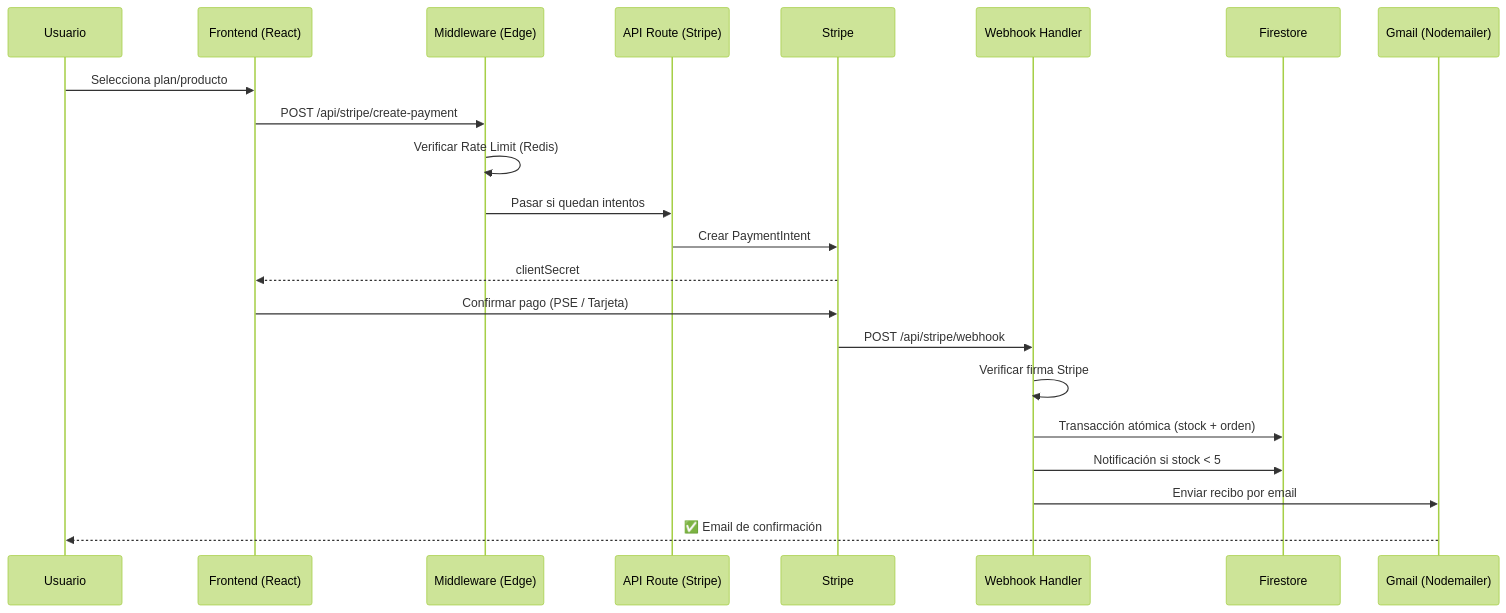
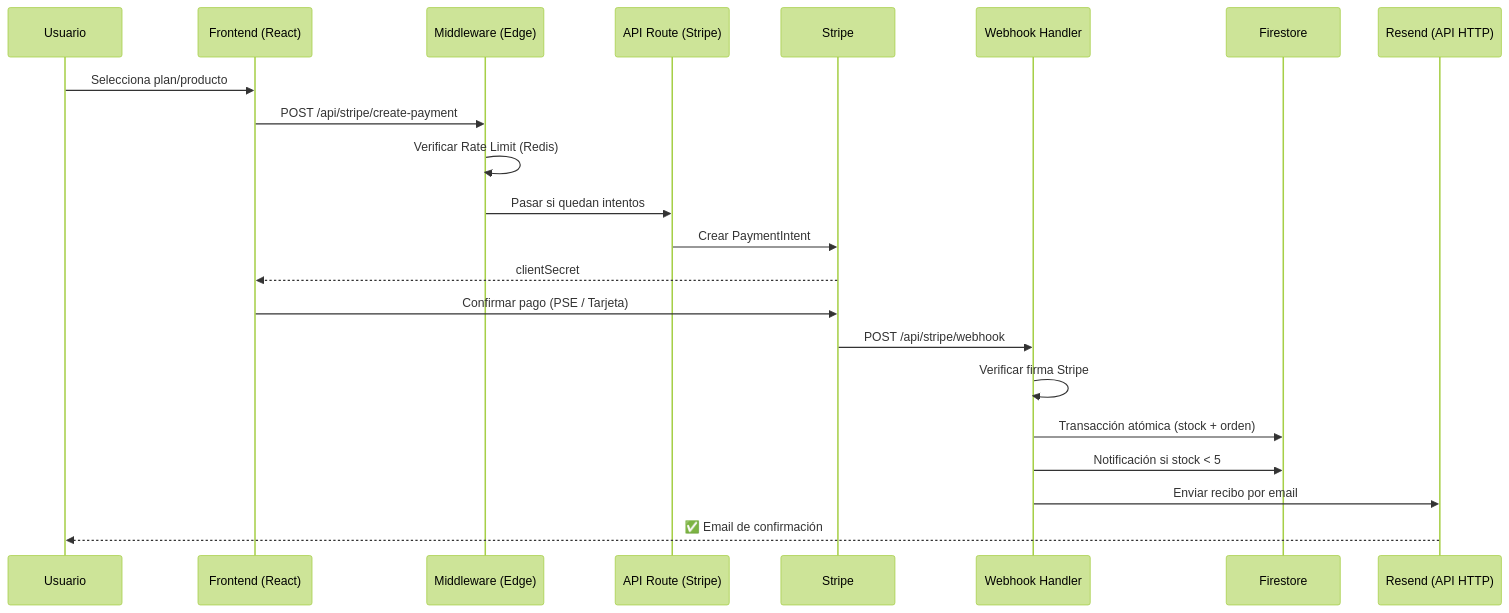
The second of 3 diagrams in fitmania_architecture.md (aruiz3122004/fitmania), drawn with Mermaid (forest theme) before and after one commit. The commit also changed other lines of this file and 22 other files, not shown here.

````diff
--- a/fitmania_architecture.md
+++ b/fitmania_architecture.md
@@ -72,25 +72,25 @@
 ```mermaid
 sequenceDiagram
     participant U as Usuario
     participant F as Frontend (React)
     participant M as Middleware (Edge)
     participant API as API Route (Stripe)
     participant S as Stripe
     participant WH as Webhook Handler
     participant DB as Firestore
-    participant E as Gmail (Nodemailer)
+    participant E as Resend (API HTTP)
 
     U->>F: Selecciona plan/producto
     F->>M: POST /api/stripe/create-payment
     M->>M: Verificar Rate Limit (Redis)
     M->>API: Pasar si quedan intentos
     API->>S: Crear PaymentIntent
     S-->>F: clientSecret
     F->>S: Confirmar pago (PSE / Tarjeta)
     S->>WH: POST /api/stripe/webhook
     WH->>WH: Verificar firma Stripe
     WH->>DB: Transacción atómica (stock + orden)
     WH->>DB: Notificación si stock < 5
     WH->>E: Enviar recibo por email
     E-->>U: ✅ Email de confirmación
 ```
````
